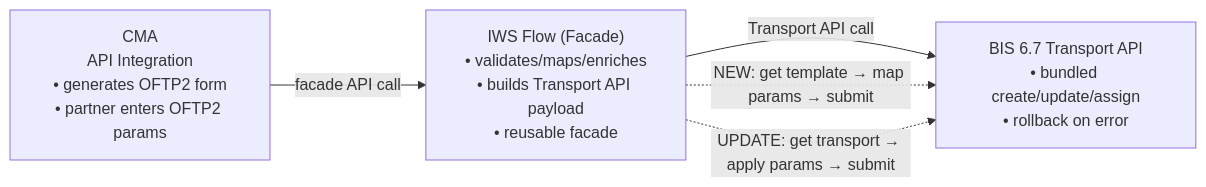
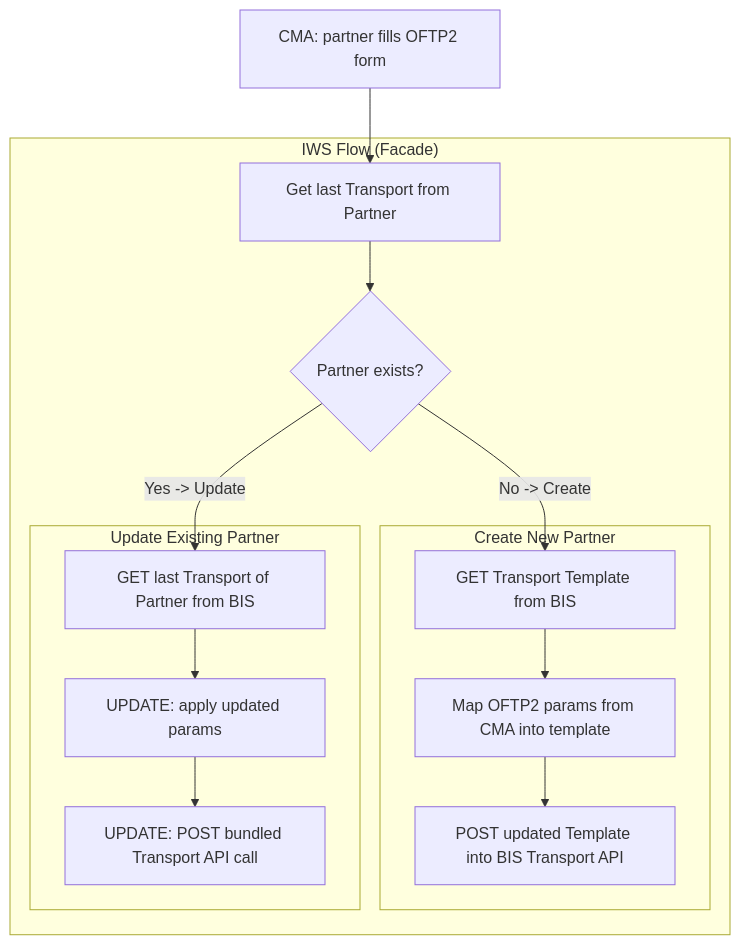
The second of 2 diagrams in docs/PROJECT_DOCUMENTATION.md (frank1stolle-blip/OFTP2OnboardingService), drawn with Mermaid before and after one commit. The commit also changed other lines of this file, not shown here.

Commit message:
updated graphs

````diff
--- a/docs/PROJECT_DOCUMENTATION.md
+++ b/docs/PROJECT_DOCUMENTATION.md
@@ -106,12 +109,32 @@
 ```mermaid
-flowchart LR
-  CMA["CMA<br/>API Integration<br/>• generates OFTP2 form<br/>• partner enters OFTP2 params"]
-  IWS["IWS Flow (Facade)<br/>• validates/maps/enriches<br/>• builds Transport API payload<br/>• reusable facade"]
-  BIS["BIS 6.7 Transport API<br/>• bundled create/update/assign<br/>• rollback on error"]
+flowchart 
+  CMA["CMA: partner fills OFTP2 form"]
 
-  CMA -->|facade API call| IWS
-  IWS -->|Transport API call| BIS
+  subgraph IWS["IWS Flow (Facade)"]
+    V["Get last Transport from Partner"]
+    D{"Partner exists?"}
 
-  IWS -.->|NEW: get template → map params → submit| BIS
-  IWS -.->|UPDATE: get transport → apply params → submit| BIS
+    subgraph no["Create New Partner"]
+      N1["GET Transport Template from BIS"]
+      N2["Map OFTP2 params from CMA into template"]
+      N3["POST updated Template into BIS Transport API "]
+      N1 --> N2 --> N3
+    end
+
+    subgraph yes["Update Existing Partner"]
+      U1["GET last Transport of Partner from BIS"]
+      U2["UPDATE: apply updated params"]
+      U3["UPDATE: POST bundled Transport API call"]
+      U1 --> U2 --> U3
+    end
+
+    V --> D
+    D -->|No -> Create| N1
+    D -->|Yes -> Update| U1
+  end
+ 
+
+  CMA --> V
+
+  
   ```
````
